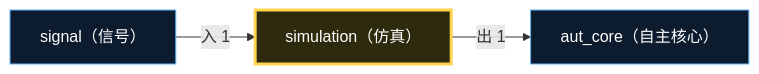
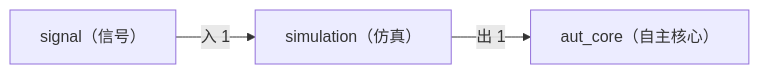
Before and after one commit to xuanFelixVan/ZephyrAlpha: the second of 2 diagrams in docs/02_enterprise_architecture/06_decision_architecture/12_decision_l2a_simulation.md, drawn with Mermaid. The commit also changed other lines of this file and 23 other files, not shown here.

First line of the commit message:
style(decision-diagram): 移除所有 mermaid classDef，照搬 application_flows.md 纯默认主题

````diff
--- a/docs/02_enterprise_architecture/06_decision_architecture/12_decision_l2a_simulation.md
+++ b/docs/02_enterprise_architecture/06_decision_architecture/12_decision_l2a_simulation.md
@@ -145,11 +139,8 @@
 ```mermaid
 flowchart LR
-    SELF["simulation（仿真）"]:::selfDomain
-    EXT_aut_core["aut_core（自主核心）"]:::extDomain
+    SELF["simulation（仿真）"]
+    EXT_aut_core["aut_core（自主核心）"]
     SELF -->|出 1| EXT_aut_core
-    EXT_signal["signal（信号）"]:::extDomain
+    EXT_signal["signal（信号）"]
     EXT_signal -->|入 1| SELF
-
-    classDef selfDomain fill:#2e2a0d,stroke:#ffd54f,stroke-width:3px,color:#fff
-    classDef extDomain fill:#0d1b2e,stroke:#64b5f6,stroke-width:1px,color:#fff
 ```
````
